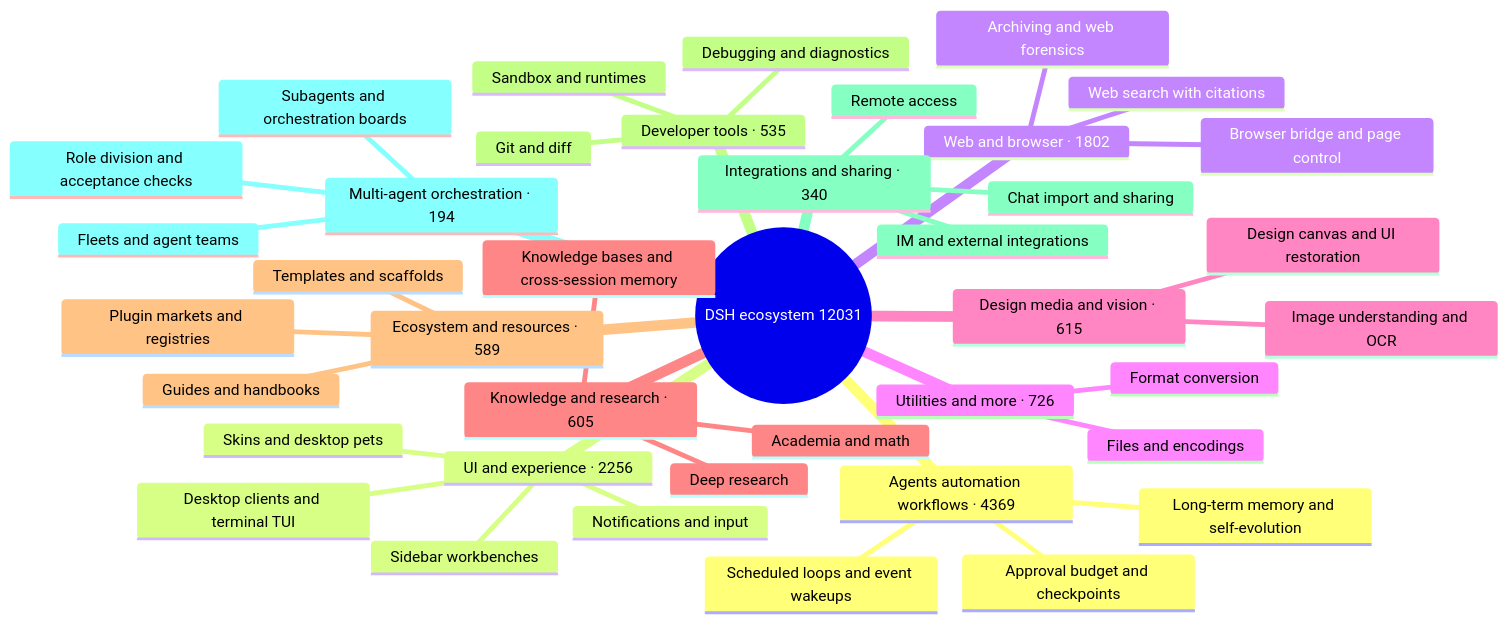
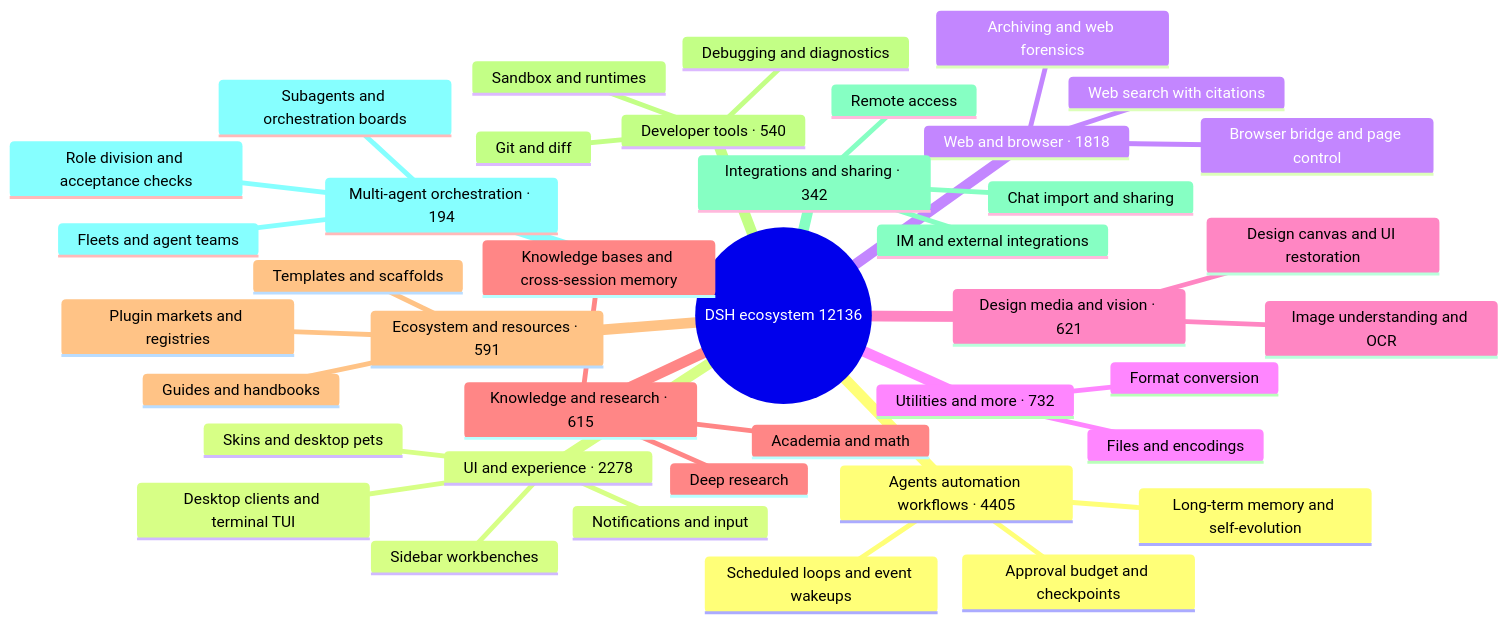
The diagram in README_EN.md (BOWLUNA/awesome-dsh-plugin), drawn with Mermaid before and after one commit. The commit also changed other lines of this file and 21 other files, not shown here.

````diff
--- a/README_EN.md
+++ b/README_EN.md
@@ -33,43 +33,43 @@
 ```mermaid
 mindmap
-  root((DSH ecosystem 12031))
-    Agents automation workflows · 4369
+  root((DSH ecosystem 12136))
+    Agents automation workflows · 4405
       Scheduled loops and event wakeups
       Long-term memory and self-evolution
       Approval budget and checkpoints
-    UI and experience · 2256
+    UI and experience · 2278
       Desktop clients and terminal TUI
       Sidebar workbenches
       Skins and desktop pets
       Notifications and input
-    Web and browser · 1802
+    Web and browser · 1818
       Browser bridge and page control
       Web search with citations
       Archiving and web forensics
-    Utilities and more · 726
+    Utilities and more · 732
       Files and encodings
       Format conversion
-    Design media and vision · 615
+    Design media and vision · 621
       Image understanding and OCR
       Design canvas and UI restoration
-    Knowledge and research · 605
+    Knowledge and research · 615
       Knowledge bases and cross-session memory
       Deep research
       Academia and math
-    Ecosystem and resources · 589
+    Ecosystem and resources · 591
       Plugin markets and registries
       Templates and scaffolds
       Guides and handbooks
-    Developer tools · 535
+    Developer tools · 540
       Git and diff
       Sandbox and runtimes
       Debugging and diagnostics
-    Integrations and sharing · 340
+    Integrations and sharing · 342
       Chat import and sharing
       Remote access
       IM and external integrations
     Multi-agent orchestration · 194
       Subagents and orchestration boards
       Fleets and agent teams
       Role division and acceptance checks
 ```
````
